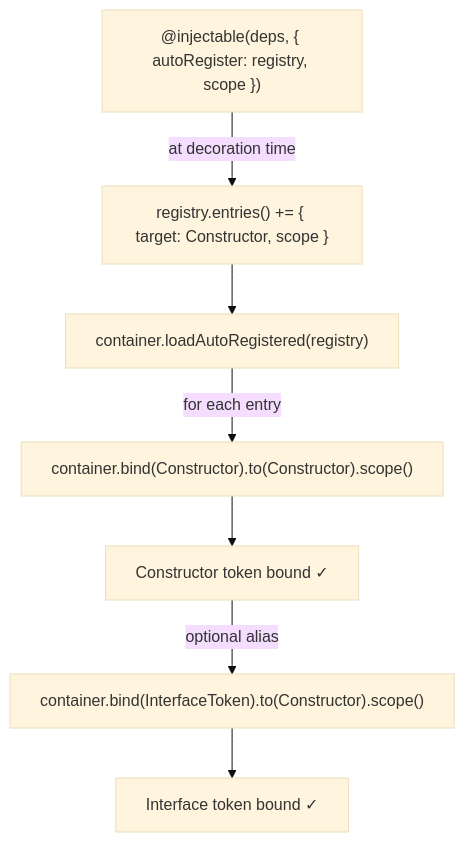
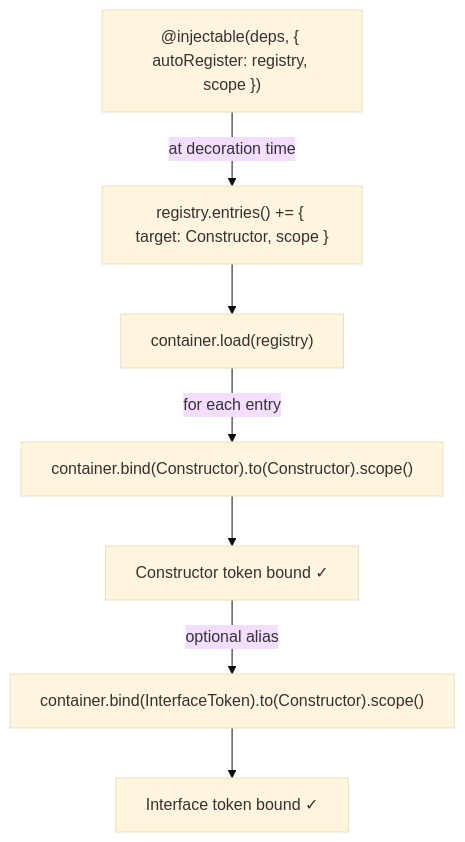
One commit to codefastlabs/codefast changed the first of 2 diagrams in packages/di/examples/14-auto-register/README.md. Above: the diagram before and after it, drawn with Mermaid (base theme). The commit also changed other lines of this file and 14 other files, not shown here.

Commit message:
feat(di)!: load an auto-register registry as a module and remove loadAutoRegistered

````diff
--- a/packages/di/examples/14-auto-register/README.md
+++ b/packages/di/examples/14-auto-register/README.md
@@ -20,14 +20,14 @@
 ```mermaid
 flowchart TD
     A["@injectable(deps, { autoRegister: registry, scope })"]
     A -->|at decoration time| B["registry.entries() += { target: Constructor, scope }"]
 
-    C["container.loadAutoRegistered(registry)"]
+    C["container.load(registry)"]
     B --> C
     C -->|for each entry| D["container.bind(Constructor).to(Constructor).scope()"]
     D --> E["Constructor token bound ✓"]
 
     F["container.bind(InterfaceToken).to(Constructor).scope()"]
     E -->|optional alias| F
     F --> G["Interface token bound ✓"]
 ```
````
